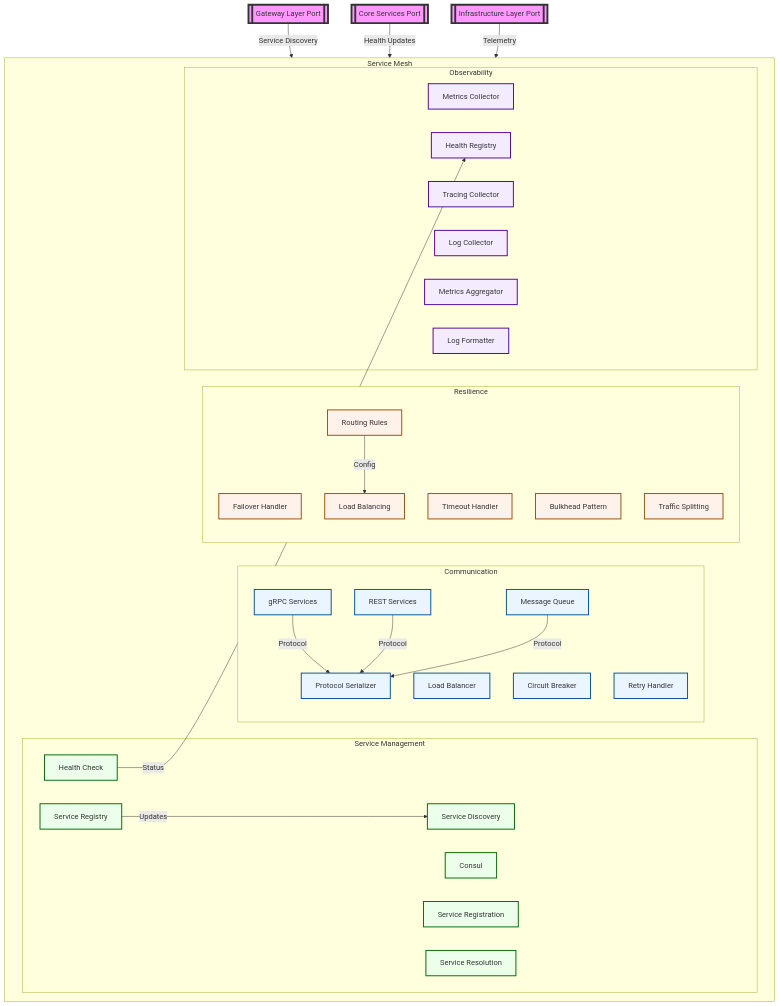
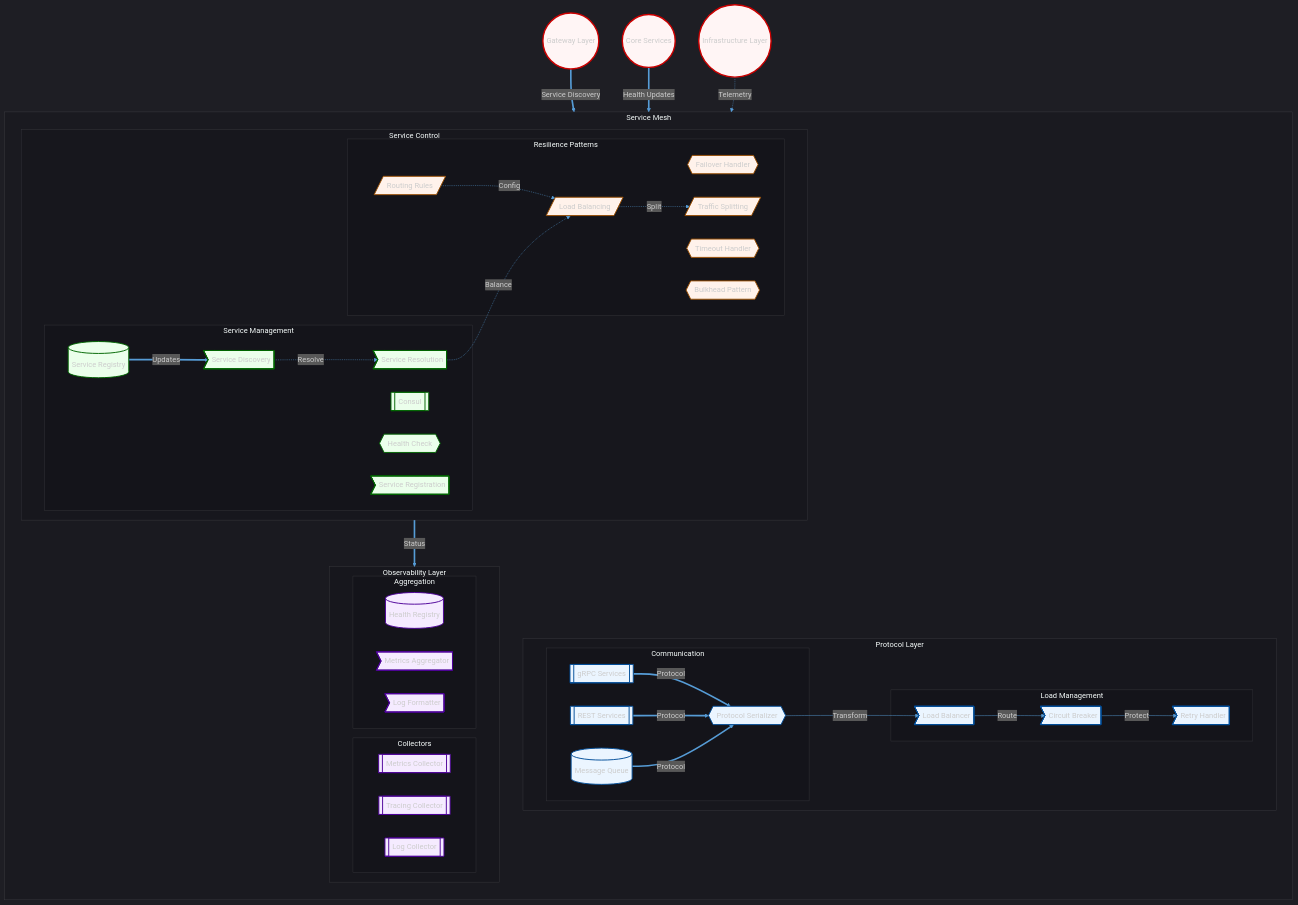
The diagram in datapunk/docs/MVP/graphs/mmd/detailed-views/service-mesh.mmd (Distracted-E421/Project-Datapunk), drawn with Mermaid before and after one commit. The commit also changed 11 other files, not shown here.

```diff
--- a/datapunk/docs/MVP/graphs/mmd/detailed-views/service-mesh.mmd
+++ b/datapunk/docs/MVP/graphs/mmd/detailed-views/service-mesh.mmd
@@ -1,71 +1,119 @@
 graph TD
-    %% External Ports
-    Gateway[[Gateway Layer Port]]
-    Core[[Core Services Port]]
-    Infrastructure[[Infrastructure Layer Port]]
+    %% Initialize with theme matching core-services
+    %%{
+        init: {
+            'theme': 'dark',
+            'themeVariables': {
+                'darkMode': true,
+                'background': 'transparent',
+                'primaryColor': '#1c1c2420',
+                'secondaryColor': '#14141920',
+                'tertiaryColor': '#25252520',
+                'primaryTextColor': '#ffffff',
+                'secondaryTextColor': '#e0e0e0',
+                'tertiaryTextColor': '#cccccc',
+                'lineColor': '#569cd6',
+                'mainBkg': 'transparent',
+                'nodeBorder': '#569cd6',
+                'clusterBkg': 'rgba(10, 10, 15, 0.2)',
+                'clusterBorder': '#ffffff22',
+                'defaultLinkColor': '#569cd6',
+                'fontFamily': 'PixelOperator, monospace',
+                'fontSize': '16px'
+            }
+        }
+    }%%
+
+    %% External Ports with enhanced shapes
+    Gateway((Gateway Layer))
+    Core((Core Services))
+    Infrastructure((Infrastructure Layer))
 
     subgraph "Service Mesh"
-        direction LR
-        subgraph "Communication"
-            gRPC[gRPC Services]
-            RESTServices[REST Services]
-            MessageQueue[Message Queue]
-            ProtoSerializer[Protocol Serializer]
-            LoadBalancer[Load Balancer]
-            CircuitBreaker[Circuit Breaker]
-            Retry[Retry Handler]
-        end
-        
-        subgraph "Service Management"
-            Consul[Consul]
-            ServiceRegistry[Service Registry]
-            HealthCheck[Health Check]
-            Registration[Service Registration]
-            Discovery[Service Discovery]
-            Resolution[Service Resolution]
+        direction TB
+        subgraph "Protocol Layer"
+            direction LR
+            subgraph "Communication"
+                gRPC[[gRPC Services]]
+                RESTServices[[REST Services]]
+                MessageQueue[(Message Queue)]
+                ProtoSerializer{{Protocol Serializer}}
+            end
+
+            subgraph "Load Management"
+                LoadBalancer>Load Balancer]
+                CircuitBreaker>Circuit Breaker]
+                Retry>Retry Handler]
+            end
         end
 
-        subgraph "Resilience"
-            Failover[Failover Handler]
-            Timeout[Timeout Handler]
-            Bulkhead[Bulkhead Pattern]
-            RouteRules[Routing Rules]
-            LoadBalancing[Load Balancing]
-            TrafficSplit[Traffic Splitting]
+        subgraph "Service Control"
+            direction LR
+            subgraph "Service Management"
+                Consul[[Consul]]
+                ServiceRegistry[(Service Registry)]
+                HealthCheck{{Health Check}}
+                Registration>Service Registration]
+                Discovery>Service Discovery]
+                Resolution>Service Resolution]
+            end
+
+            subgraph "Resilience Patterns"
+                Failover{{Failover Handler}}
+                Timeout{{Timeout Handler}}
+                Bulkhead{{Bulkhead Pattern}}
+                RouteRules[/Routing Rules/]
+                LoadBalancing[/Load Balancing/]
+                TrafficSplit[/Traffic Splitting/]
+            end
         end
 
-        subgraph "Observability"
-            MetricsCollector[Metrics Collector]
-            TracingCollector[Tracing Collector]
-            LogCollector[Log Collector]
-            HealthRegistry[Health Registry]
-            MetricsAggregator[Metrics Aggregator]
-            LogFormatter[Log Formatter]
+        subgraph "Observability Layer"
+            direction LR
+            subgraph "Collectors"
+                MetricsCollector[[Metrics Collector]]
+                TracingCollector[[Tracing Collector]]
+                LogCollector[[Log Collector]]
+            end
+
+            subgraph "Aggregation"
+                HealthRegistry[(Health Registry)]
+                MetricsAggregator>Metrics Aggregator]
+                LogFormatter>Log Formatter]
+            end
         end
     end
 
-    %% External Connections
-    Gateway -->|"Service Discovery"| ServiceRegistry
-    Core -->|"Health Updates"| HealthCheck
-    Infrastructure -->|"Telemetry"| MetricsCollector
+    %% Enhanced External Connections
+    Gateway ==>|"Service Discovery"| ServiceRegistry
+    Core ==>|"Health Updates"| HealthCheck
+    Infrastructure -.->|"Telemetry"| MetricsCollector
 
-    %% Internal Flows
-    gRPC & RESTServices & MessageQueue -->|"Protocol"| ProtoSerializer
-    ServiceRegistry -->|"Updates"| Discovery
-    HealthCheck -->|"Status"| HealthRegistry
-    RouteRules -->|"Config"| LoadBalancing
+    %% Enhanced Internal Flows
+    gRPC & RESTServices & MessageQueue ==>|"Protocol"| ProtoSerializer
+    ServiceRegistry ==>|"Updates"| Discovery
+    HealthCheck ==>|"Status"| HealthRegistry
+    RouteRules -.->|"Config"| LoadBalancing
+
+    %% Additional Service Mesh Flows
+    ProtoSerializer -->|"Transform"| LoadBalancer
+    LoadBalancer -->|"Route"| CircuitBreaker
+    CircuitBreaker -->|"Protect"| Retry
+    Discovery -.->|"Resolve"| Resolution
+    Resolution -.->|"Balance"| LoadBalancing
+    LoadBalancing -.->|"Split"| TrafficSplit
 
     %% Style Definitions
-    classDef port fill:#f9f,stroke:#333,stroke-width:4px;
-    classDef mesh fill:#f0f0ff,stroke:#6666cc,stroke-width:2px;
-    classDef comm fill:#ebf5ff,stroke:#004d99,stroke-width:2px;
-    classDef discovery fill:#ebffeb,stroke:#006600,stroke-width:2px;
-    classDef resilience fill:#fff2eb,stroke:#994d00,stroke-width:2px;
-    classDef observe fill:#f5ebff,stroke:#4d0099,stroke-width:2px;
+    classDef port fill:#fff5f5,stroke:#cc0000,stroke-width:3px
+    classDef mesh fill:#f0f0ff,stroke:#6666cc,stroke-width:2px
+    classDef comm fill:#ebf5ff,stroke:#004d99,stroke-width:2px
+    classDef discovery fill:#ebffeb,stroke:#006600,stroke-width:2px
+    classDef resilience fill:#fff2eb,stroke:#994d00,stroke-width:2px
+    classDef observe fill:#f5ebff,stroke:#4d0099,stroke-width:2px
 
     %% Apply styles
     class Gateway,Core,Infrastructure port;
     class gRPC,RESTServices,MessageQueue,ProtoSerializer,LoadBalancer,CircuitBreaker,Retry comm;
     class Consul,ServiceRegistry,HealthCheck,Registration,Discovery,Resolution discovery;
     class Failover,Timeout,Bulkhead,RouteRules,LoadBalancing,TrafficSplit resilience;
-    class MetricsCollector,TracingCollector,LogCollector,HealthRegistry,MetricsAggregator,LogFormatter observe; 
+    class MetricsCollector,TracingCollector,LogCollector,HealthRegistry,MetricsAggregator,LogFormatter observe;
```
